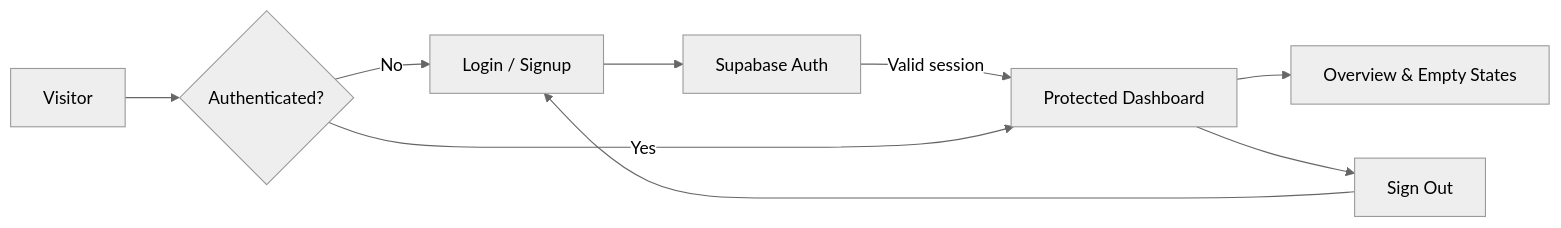
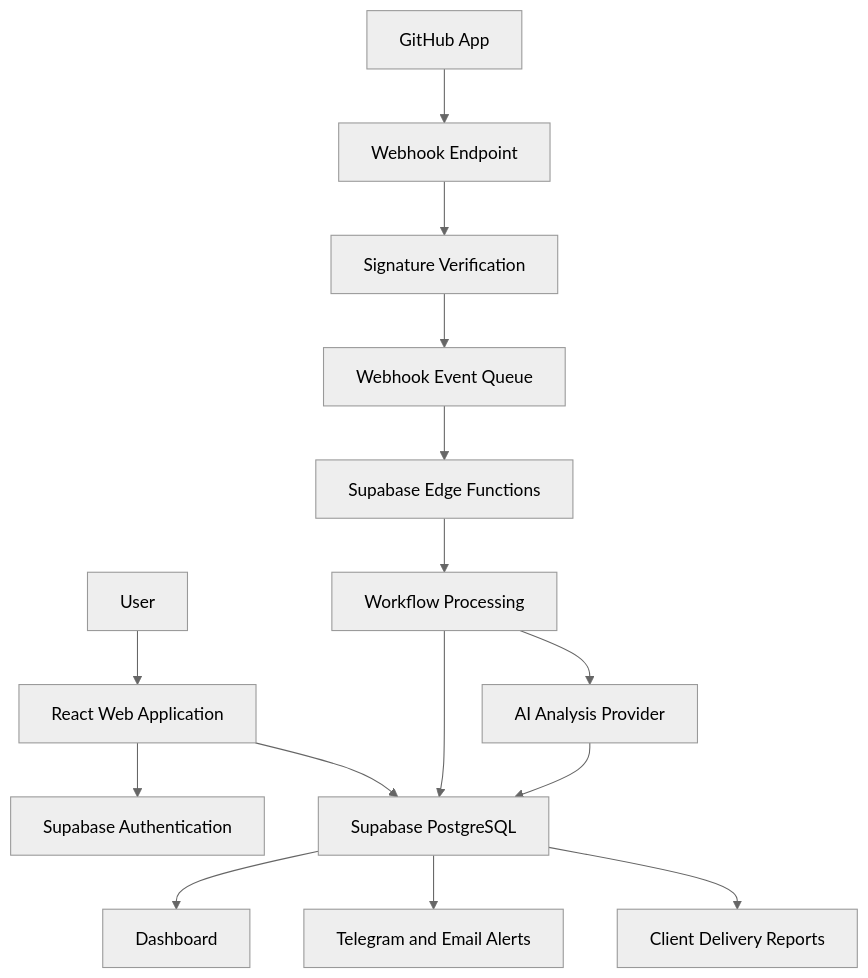
One commit to Aish-369/DevOps-Insight-AI changed the diagram in README.md. Above: the diagram before and after it, drawn with Mermaid (neutral theme). The commit also changed other lines of this file and 79 other files, not shown here.

````diff
--- a/README.md
+++ b/README.md
@@ -66,11 +157,21 @@
 ```mermaid
-flowchart LR
-    A[Visitor] --> B{Authenticated?}
-    B -->|No| C[Login / Signup]
-    C --> D[Supabase Auth]
-    D -->|Valid session| E[Protected Dashboard]
-    B -->|Yes| E
-    E --> F[Overview & Empty States]
-    E --> G[Sign Out]
-    G --> C
+flowchart TD
+    A[User] --> B[React Web Application]
+    B --> C[Supabase Authentication]
+    B --> D[Supabase PostgreSQL]
+
+    E[GitHub App] --> F[Webhook Endpoint]
+    F --> G[Signature Verification]
+    G --> H[Webhook Event Queue]
+
+    H --> I[Supabase Edge Functions]
+    I --> J[Workflow Processing]
+    J --> D
+
+    J --> K[AI Analysis Provider]
+    K --> D
+
+    D --> L[Dashboard]
+    D --> M[Telegram and Email Alerts]
+    D --> N[Client Delivery Reports]
 ```
````
